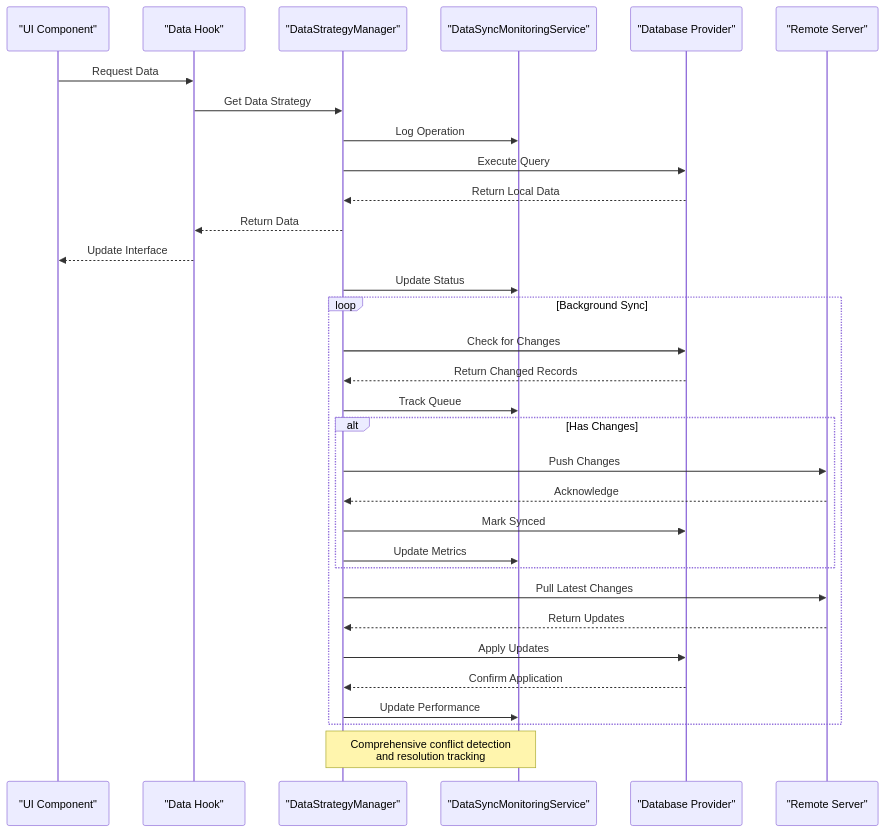
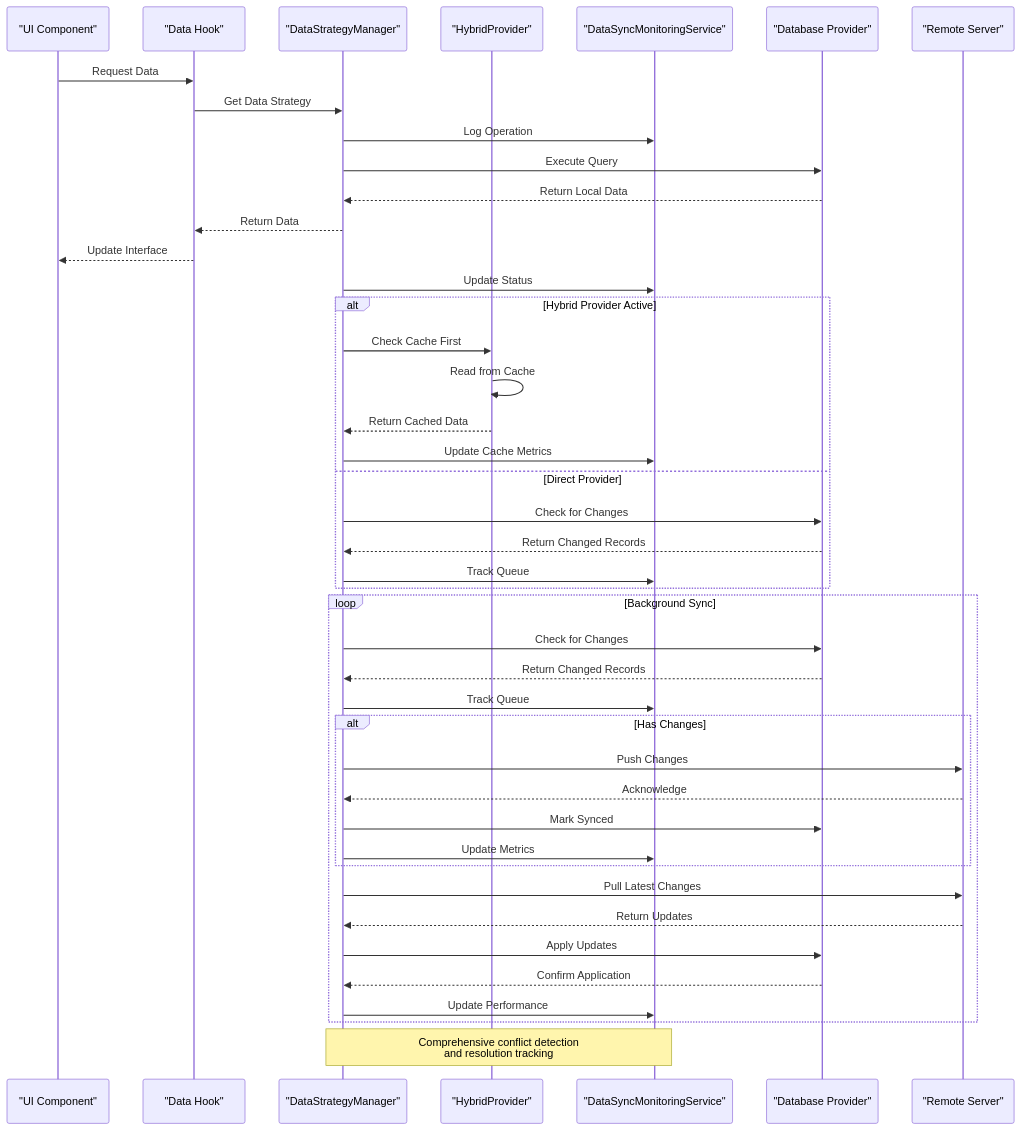
Before and after one commit to geniusdynamics/schoolpilot: the fourth of 16 diagrams in .qoder/repowiki/en/content/Architecture Overview/Data Management Architecture/Data Management Architecture.md, drawn with Mermaid. The commit also changed other lines of this file and 8 other files, not shown here.

````diff
--- a/.qoder/repowiki/en/content/Architecture Overview/Data Management Architecture/Data Management Architecture.md
+++ b/.qoder/repowiki/en/content/Architecture Overview/Data Management Architecture/Data Management Architecture.md
@@ -213,34 +309,45 @@
 ```mermaid
 sequenceDiagram
 participant UI as "UI Component"
 participant Hook as "Data Hook"
 participant Strategy as "DataStrategyManager"
+participant Hybrid as "HybridProvider"
 participant Monitor as "DataSyncMonitoringService"
 participant Provider as "Database Provider"
 participant Remote as "Remote Server"
 UI->>Hook : Request Data
 Hook->>Strategy : Get Data Strategy
 Strategy->>Monitor : Log Operation
 Strategy->>Provider : Execute Query
 Provider-->>Strategy : Return Local Data
 Strategy-->>Hook : Return Data
 Hook-->>UI : Update Interface
 Strategy->>Monitor : Update Status
+alt Hybrid Provider Active
+Strategy->>Hybrid : Check Cache First
+Hybrid->>Hybrid : Read from Cache
+Hybrid-->>Strategy : Return Cached Data
+Strategy->>Monitor : Update Cache Metrics
+else Direct Provider
+Strategy->>Provider : Check for Changes
+Provider-->>Strategy : Return Changed Records
+Strategy->>Monitor : Track Queue
+end
 loop Background Sync
 Strategy->>Provider : Check for Changes
 Provider-->>Strategy : Return Changed Records
 Strategy->>Monitor : Track Queue
 alt Has Changes
 Strategy->>Remote : Push Changes
 Remote-->>Strategy : Acknowledge
 Strategy->>Provider : Mark Synced
 Strategy->>Monitor : Update Metrics
 end
 Strategy->>Remote : Pull Latest Changes
 Remote-->>Strategy : Return Updates
 Strategy->>Provider : Apply Updates
 Provider-->>Strategy : Confirm Application
 Strategy->>Monitor : Update Performance
 end
 Note over Strategy,Monitor : Comprehensive conflict detection<br/>and resolution tracking
 ```
````
